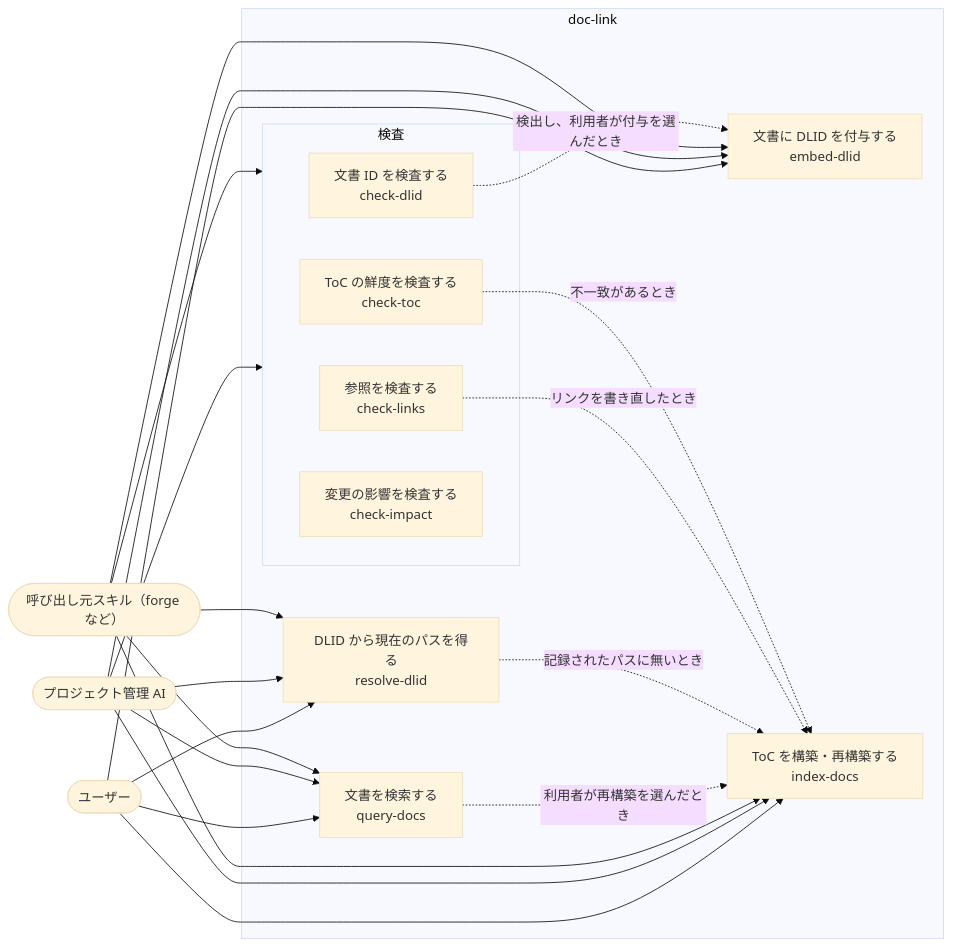
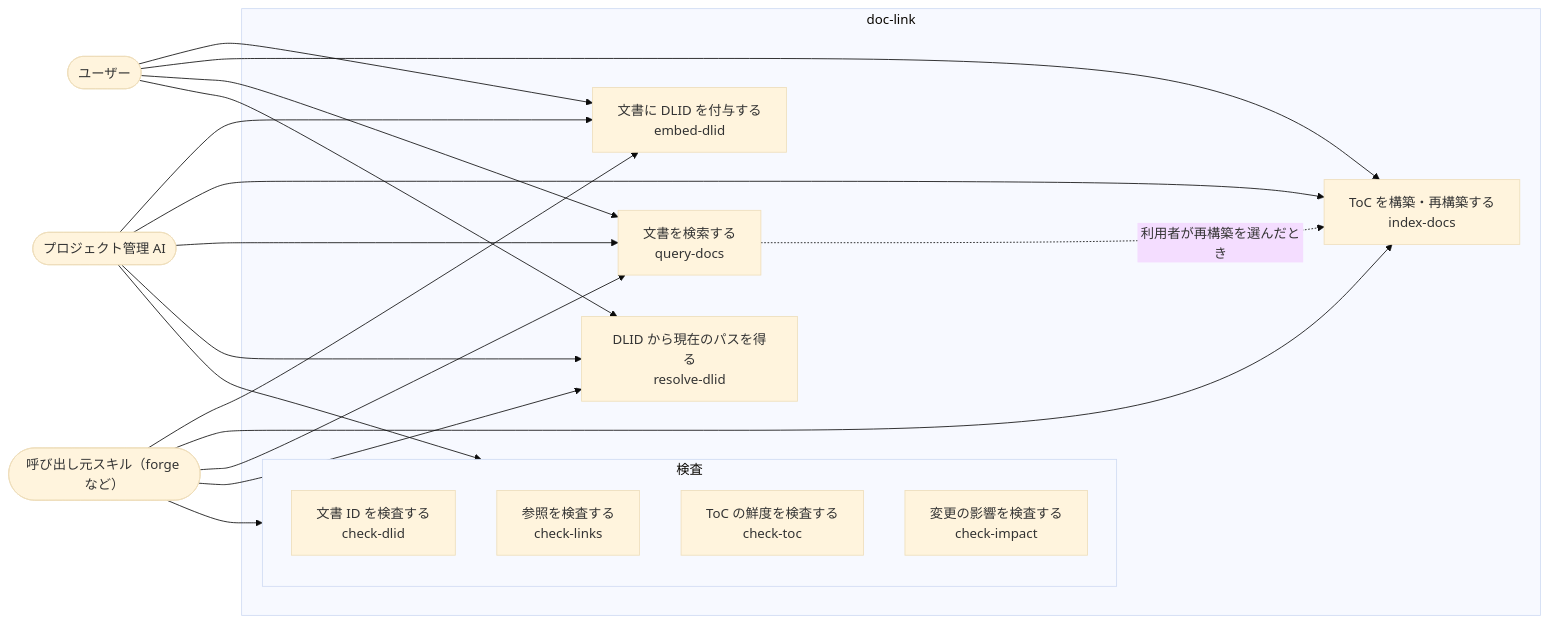
The first of 10 diagrams in docs/specs/design/DES-010_skill-composition.md (BlueEventHorizon/doc-link), drawn with Mermaid (base theme) before and after one commit. The commit also changed other lines of this file and 30 other files, not shown here.

````diff
--- a/docs/specs/design/DES-010_skill-composition.md
+++ b/docs/specs/design/DES-010_skill-composition.md
@@ -90,39 +90,35 @@
 ```mermaid
 flowchart LR
     User(["ユーザー"])
     PM(["プロジェクト管理 AI"])
     Caller(["呼び出し元スキル（forge など）"])
 
     subgraph DL["doc-link"]
         UC1["文書に DLID を付与する<br>embed-dlid"]
         UC2["ToC を構築・再構築する<br>index-docs"]
         UC3["文書を検索する<br>query-docs"]
         UC4["DLID から現在のパスを得る<br>resolve-dlid"]
         subgraph CHK["検査"]
             UC5["文書 ID を検査する<br>check-dlid"]
             UC6["参照を検査する<br>check-links"]
             UC7["ToC の鮮度を検査する<br>check-toc"]
             UC8["変更の影響を検査する<br>check-impact"]
         end
     end
 
     User --> UC1
     User --> UC2
     User --> UC3
     User --> UC4
     PM --> UC1
     PM --> UC2
     PM --> UC3
     PM --> UC4
     PM --> CHK
     Caller --> UC1
     Caller --> UC2
     Caller --> UC3
     Caller --> UC4
     Caller --> CHK
     UC3 -. "利用者が再構築を選んだとき" .-> UC2
-    UC4 -. "記録されたパスに無いとき" .-> UC2
-    UC5 -. "検出し、利用者が付与を選んだとき" .-> UC1
-    UC6 -. "リンクを書き直したとき" .-> UC2
-    UC7 -. "不一致があるとき" .-> UC2
 ```
````
